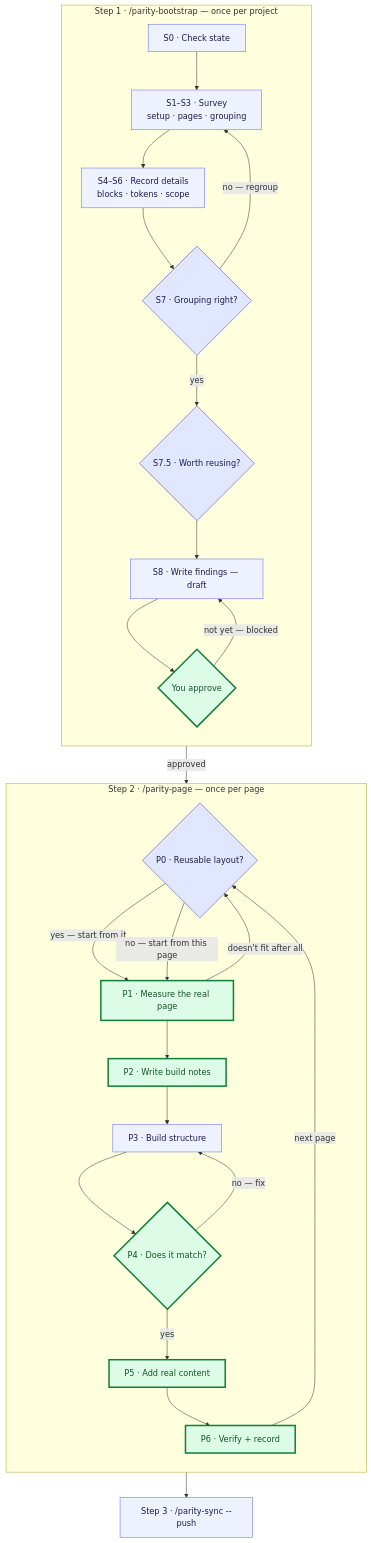
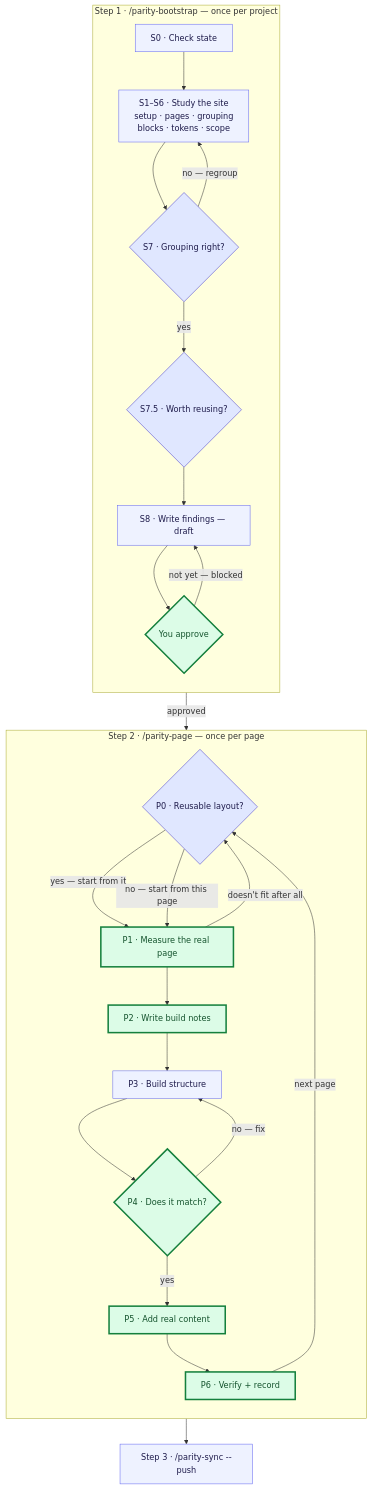
The diagram in README.md (atr0-0/parity), drawn with Mermaid before and after one commit.

Commit message:
README: straighten the bootstrap column in the workflow diagram
The S7 regroup edge spanned two ranks, so dagre shunted the S4-S6 box
sideways to open a channel for it. The result read as though the flow
started at S4 rather than S0.

Merging the two group boxes into one makes the loop span a single rank and
the column renders straight. The per-step detail lives in the tables below
it, so nothing is lost by collapsing them here.

````diff
--- a/README.md
+++ b/README.md
@@ -69,48 +69,47 @@
 ```mermaid
 flowchart TB
     subgraph EP1["Step 1 · /parity-bootstrap — once per project"]
         direction TB
         S0["S0 · Check state"]
-        SURVEY["S1–S3 · Survey<br/>setup · pages · grouping"]
-        RECORD["S4–S6 · Record details<br/>blocks · tokens · scope"]
+        SURVEY["S1–S6 · Study the site<br/>setup · pages · grouping<br/>blocks · tokens · scope"]
         S7{"S7 · Grouping right?"}
         S75{"S7.5 · Worth reusing?"}
         S8["S8 · Write findings — draft"]
         REV{"You approve"}
-        S0 --> SURVEY --> RECORD --> S7
+        S0 --> SURVEY --> S7
         S7 -->|"no — regroup"| SURVEY
         S7 -->|"yes"| S75 --> S8 --> REV
         REV -->|"not yet — blocked"| S8
     end
 
     REV -->|"approved"| P0
 
     subgraph EP2["Step 2 · /parity-page — once per page"]
         direction TB
         P0{"P0 · Reusable layout?"}
         P1["P1 · Measure the real page"]
         P2["P2 · Write build notes"]
         P3["P3 · Build structure"]
         P4{"P4 · Does it match?"}
         P5["P5 · Add real content"]
         P6["P6 · Verify + record"]
         P0 -->|"yes — start from it"| P1
         P0 -->|"no — start from this page"| P1
         P1 -->|"doesn't fit after all"| P0
         P1 --> P2 --> P3 --> P4
         P4 -->|"no — fix"| P3
         P4 -->|"yes"| P5 --> P6
         P6 -->|"next page"| P0
     end
 
     P6 --> SYNC["Step 3 · /parity-sync --push"]
 
     classDef decide fill:#e0e7ff,stroke:#4338ca,color:#1e1b4b
     classDef gate fill:#dcfce7,stroke:#15803d,color:#14532d,stroke-width:3px
     classDef plain fill:#eef2ff,stroke:#6366f1,color:#1e1b4b
     class S7,S75,P0 decide
     class REV,P4 gate
     class P1,P2,P5,P6 gate
-    class S0,SURVEY,RECORD,S8,P3 plain
+    class S0,SURVEY,S8,P3 plain
     class SYNC plain
 ```
````
